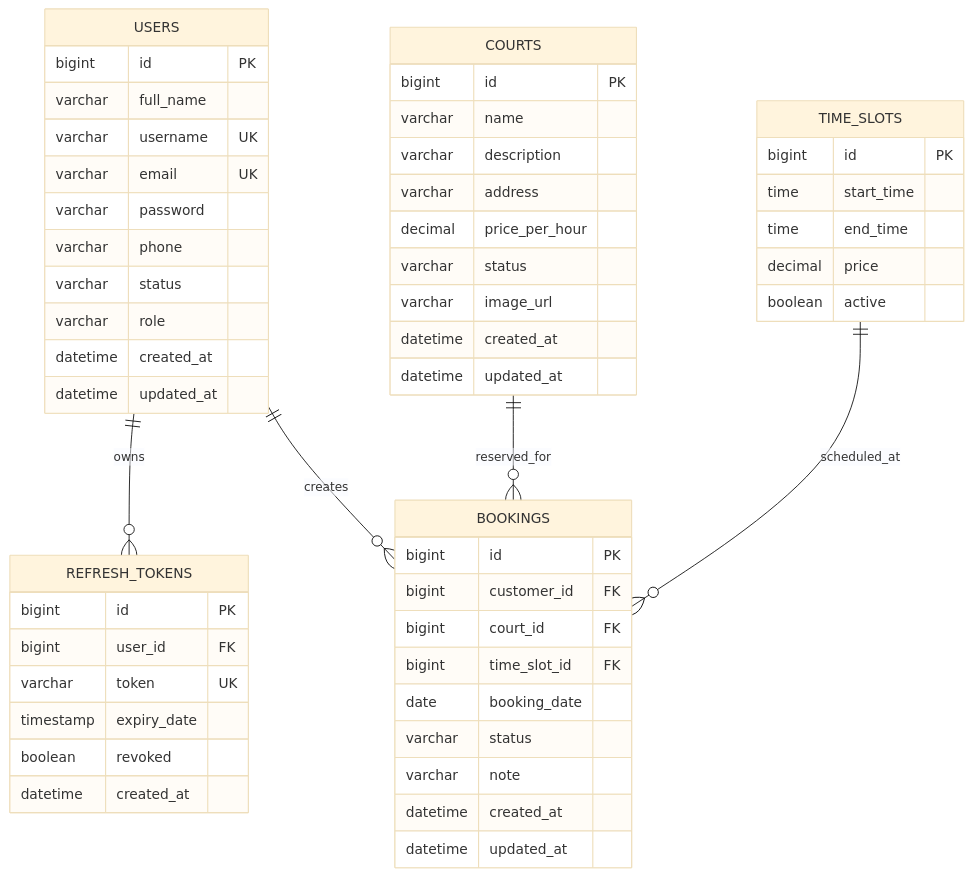
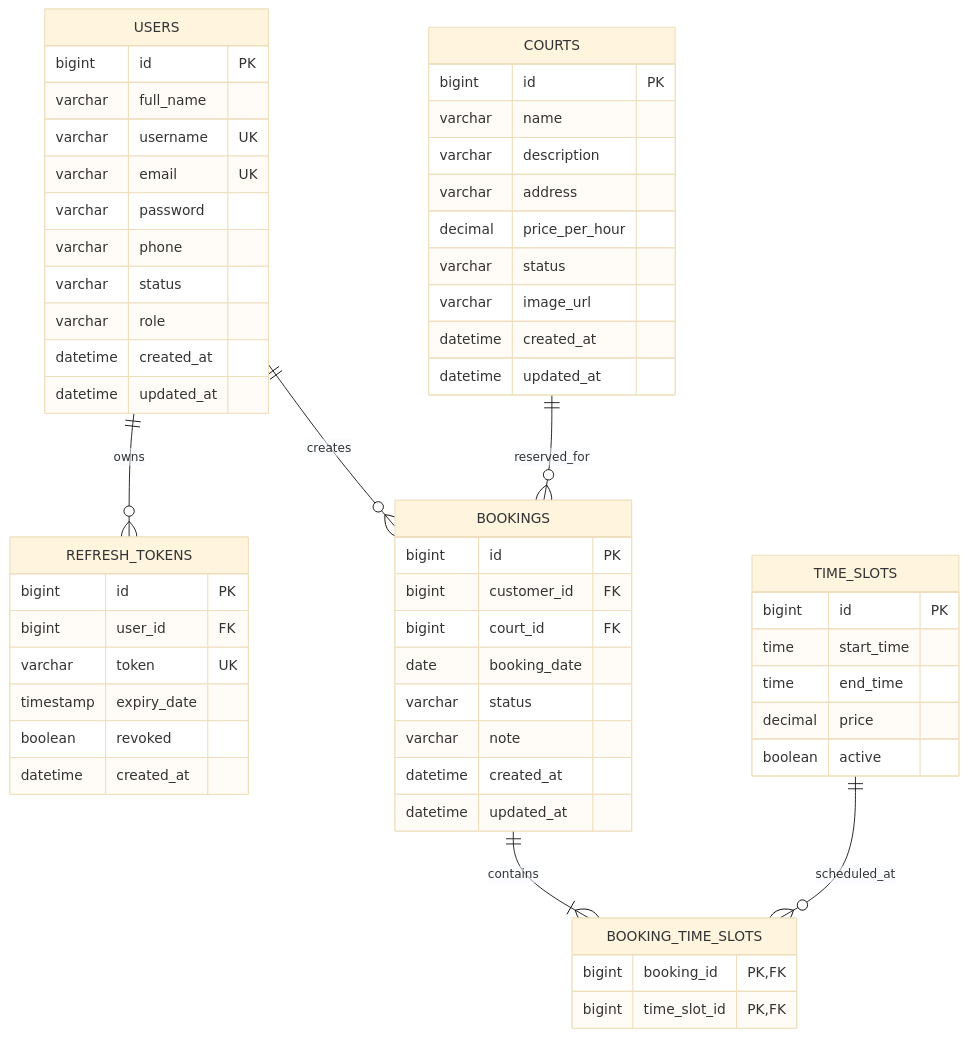
The second of 6 diagrams in README.md (MinhNN86/IT211_JavaWebService_Project), drawn with Mermaid (base theme) before and after one commit. The commit also changed other lines of this file and 23 other files, not shown here.

First line of the commit message:
feat(booking,court): support multiple time slots and court managers

````diff
--- a/README.md
+++ b/README.md
@@ -139,61 +154,66 @@
 ```mermaid
 erDiagram
     USERS ||--o{ REFRESH_TOKENS : owns
     USERS ||--o{ BOOKINGS : creates
     COURTS ||--o{ BOOKINGS : reserved_for
-    TIME_SLOTS ||--o{ BOOKINGS : scheduled_at
+    BOOKINGS ||--|{ BOOKING_TIME_SLOTS : contains
+    TIME_SLOTS ||--o{ BOOKING_TIME_SLOTS : scheduled_at
 
     USERS {
         bigint id PK
         varchar full_name
         varchar username UK
         varchar email UK
         varchar password
         varchar phone
         varchar status
         varchar role
         datetime created_at
         datetime updated_at
     }
 
     COURTS {
         bigint id PK
         varchar name
         varchar description
         varchar address
         decimal price_per_hour
         varchar status
         varchar image_url
         datetime created_at
         datetime updated_at
     }
 
     TIME_SLOTS {
         bigint id PK
         time start_time
         time end_time
         decimal price
         boolean active
     }
 
     BOOKINGS {
         bigint id PK
         bigint customer_id FK
         bigint court_id FK
-        bigint time_slot_id FK
         date booking_date
         varchar status
         varchar note
         datetime created_at
         datetime updated_at
+    }
+
+    BOOKING_TIME_SLOTS {
+        bigint booking_id PK, FK
+        bigint time_slot_id PK, FK
     }
 
     REFRESH_TOKENS {
         bigint id PK
         bigint user_id FK
         varchar token UK
         timestamp expiry_date
         boolean revoked
         datetime created_at
     }
 ```
````
